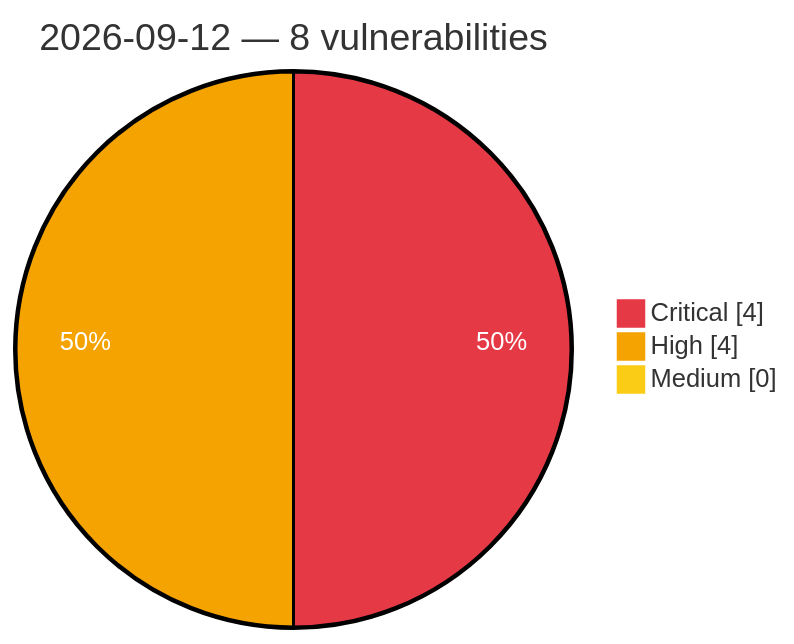
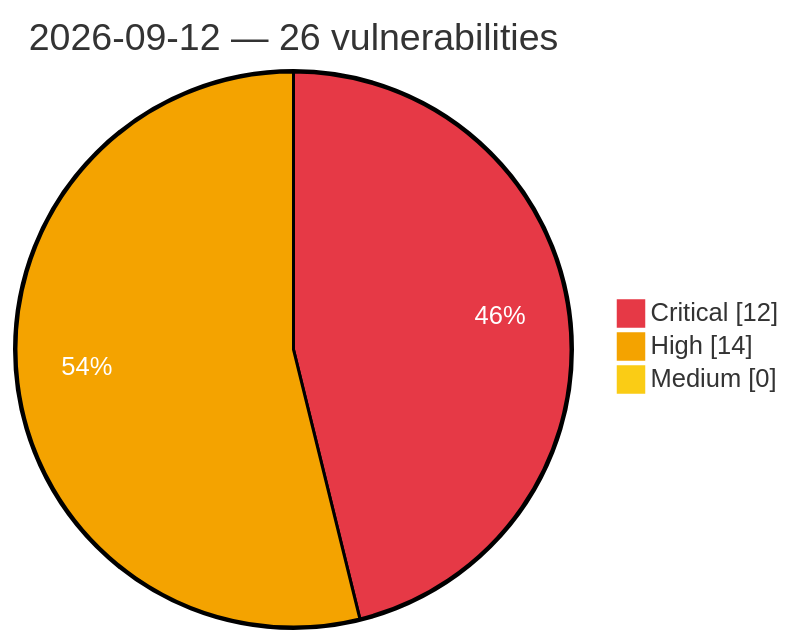
Before and after one commit to GhostX0X/vuln-tracker: the diagram in vulnerabilities/2026/September/2026-09-12.md, drawn with Mermaid. The commit also changed other lines of this file and 5 other files, not shown here.

Commit message:
Auto update: critical/high vulns (2026-09-12 18:48 UTC)

````diff
--- a/vulnerabilities/2026/September/2026-09-12.md
+++ b/vulnerabilities/2026/September/2026-09-12.md
@@ -3,8 +3,8 @@
 ```mermaid
 %%{init: {'theme':'base', 'themeVariables': {'pie1':'#e63946', 'pie2':'#f4a300', 'pie3':'#facc15', 'pieOpacity':'1', 'pieOuterStrokeWidth':'2px', 'pieSectionTextColor':'#ffffff'}}}%%
 pie showData
-    title 2026-09-12 — 8 vulnerabilities
-    "Critical" : 4
-    "High" : 4
+    title 2026-09-12 — 26 vulnerabilities
+    "Critical" : 12
+    "High" : 14
     "Medium" : 0
 ```
````
